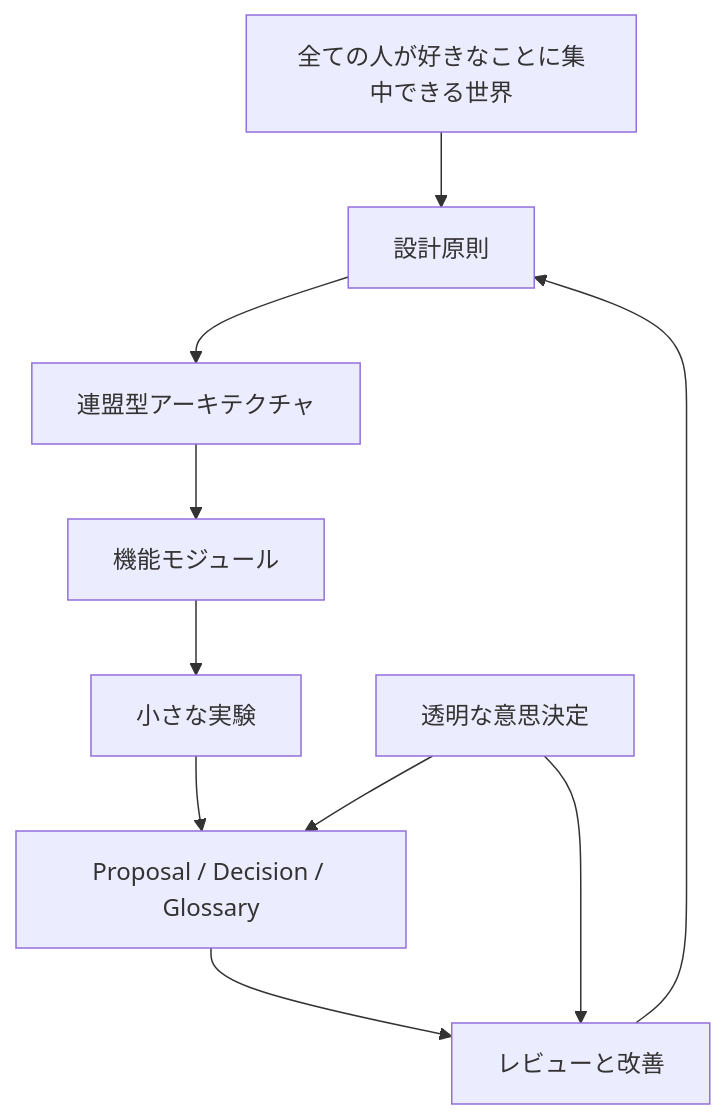
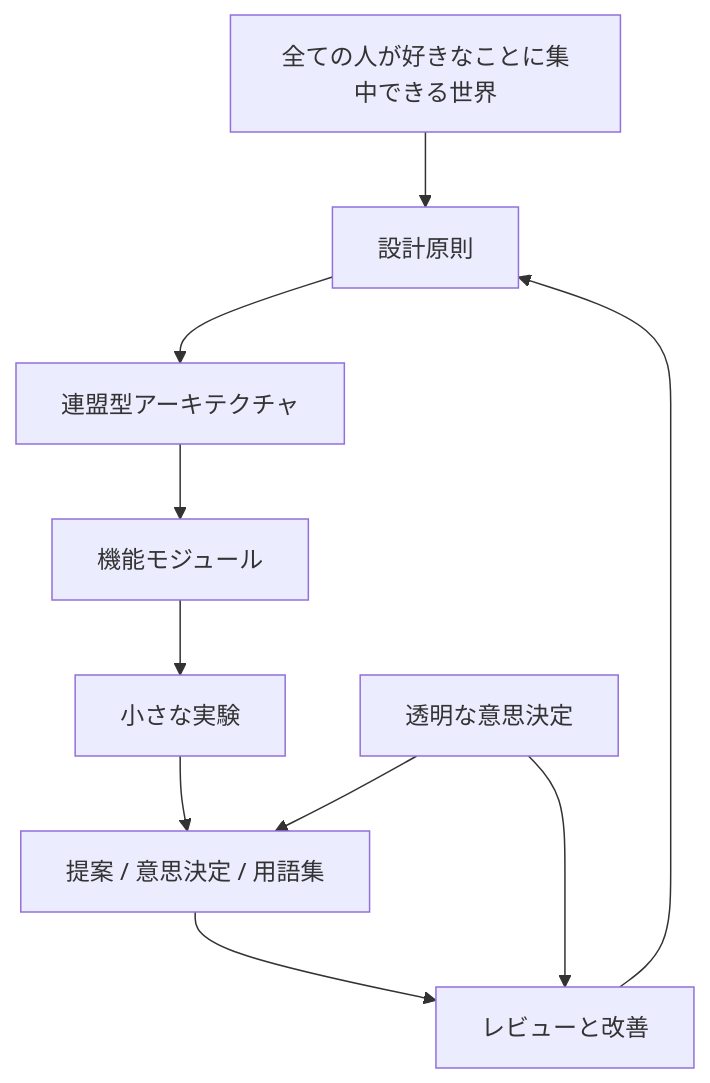
One commit to acecore-systems/world-foundation changed the diagram in assets/diagrams/00-world-design-overview.md. Above: the diagram before and after it, drawn with Mermaid. The commit also changed other lines of this file and 47 other files, not shown here.

````diff
--- a/assets/diagrams/00-world-design-overview.md
+++ b/assets/diagrams/00-world-design-overview.md
@@ -5,28 +5,28 @@
 ```mermaid
 flowchart TB
-  Vision["全ての人が好きなことに集中できる世界"]
-  Principles["設計原則"]
-  Architecture["連盟型アーキテクチャ"]
-  Modules["機能モジュール"]
-  Governance["透明な意思決定"]
+  ビジョン["全ての人が好きなことに集中できる世界"]
+  設計原則["設計原則"]
+  アーキテクチャ["連盟型アーキテクチャ"]
+  モジュール["機能モジュール"]
+  ガバナンス["透明な意思決定"]
   Experiments["小さな実験"]
-  Records["Proposal / Decision / Glossary"]
+  Records["提案 / 意思決定 / 用語集"]
   Feedback["レビューと改善"]
 
-  Vision --> Principles
-  Principles --> Architecture
-  Architecture --> Modules
-  Modules --> Experiments
+  ビジョン --> 設計原則
+  設計原則 --> アーキテクチャ
+  アーキテクチャ --> モジュール
+  モジュール --> Experiments
   Experiments --> Records
   Records --> Feedback
-  Feedback --> Principles
-  Governance --> Records
-  Governance --> Feedback
+  Feedback --> 設計原則
+  ガバナンス --> Records
+  ガバナンス --> Feedback
 
-  click Vision "../../docs/ja/00-vision.md" "Vision"
-  click Principles "../../docs/ja/01-principles.md" "Principles"
-  click Architecture "../../docs/ja/02-architecture.md" "Architecture"
-  click Modules "../../modules/ja/README.md" "Modules"
-  click Governance "../../modules/ja/governance/README.md" "Governance"
-  click Records "../../proposals/ja/README.md" "Proposal / Decision / Glossary"
+  click ビジョン "../../docs/ja/00-vision.md" "ビジョン"
+  click 設計原則 "../../docs/ja/01-principles.md" "設計原則"
+  click アーキテクチャ "../../docs/ja/02-architecture.md" "アーキテクチャ"
+  click モジュール "../../modules/ja/README.md" "モジュール"
+  click ガバナンス "../../modules/ja/governance/README.md" "ガバナンス"
+  click Records "../../proposals/ja/README.md" "提案 / 意思決定 / 用語集"
 ```
````
